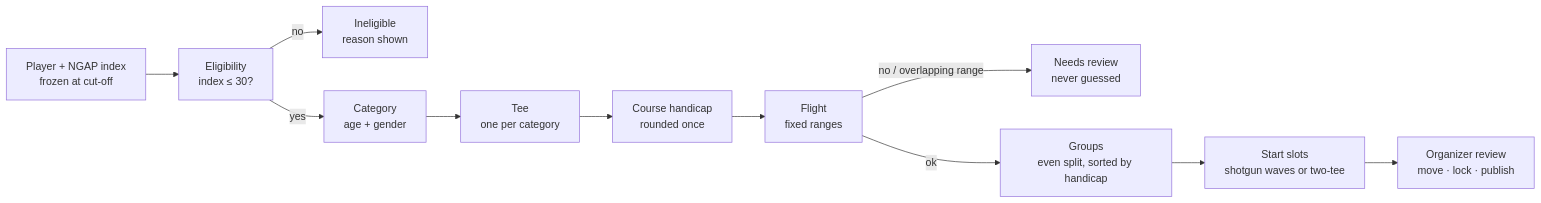
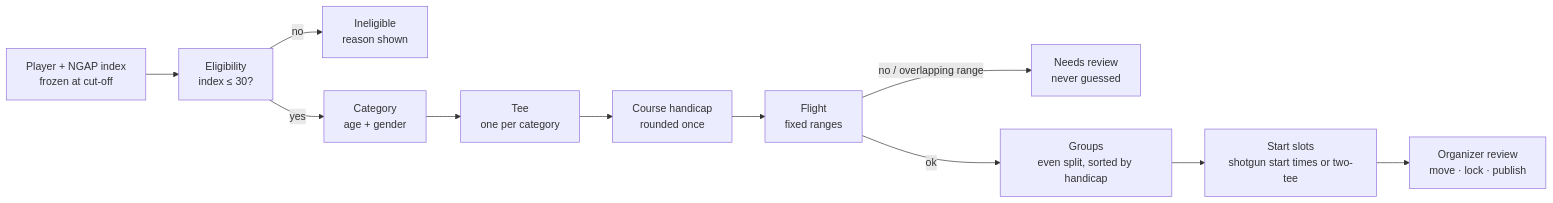
One commit to J-Akiru5/golf-management-system-sl changed the diagram in docs/PLAN.md. Above: the diagram before and after it, drawn with Mermaid. The commit also changed other lines of this file and 52 other files, not shown here.

First line of the commit message:
Drop wave letters: a shotgun session is one start time per batch

````diff
--- a/docs/PLAN.md
+++ b/docs/PLAN.md
@@ -115,13 +115,13 @@
 ```mermaid
 flowchart LR
   A[Player + NGAP index<br/>frozen at cut-off] --> B[Eligibility<br/>index ≤ 30?]
   B -->|no| X[Ineligible<br/>reason shown]
   B -->|yes| C[Category<br/>age + gender]
   C --> D[Tee<br/>one per category]
   D --> E[Course handicap<br/>rounded once]
   E --> F[Flight<br/>fixed ranges]
   F -->|no / overlapping range| R[Needs review<br/>never guessed]
   F -->|ok| G[Groups<br/>even split, sorted by handicap]
-  G --> H[Start slots<br/>shotgun waves or two-tee]
+  G --> H[Start slots<br/>shotgun start times or two-tee]
   H --> I[Organizer review<br/>move · lock · publish]
 ```
````
